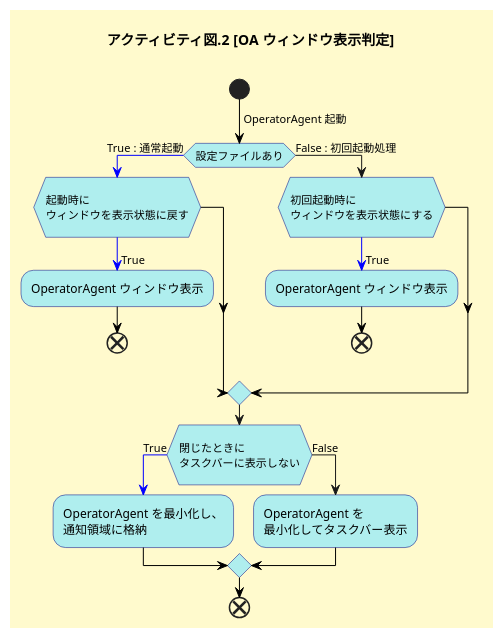
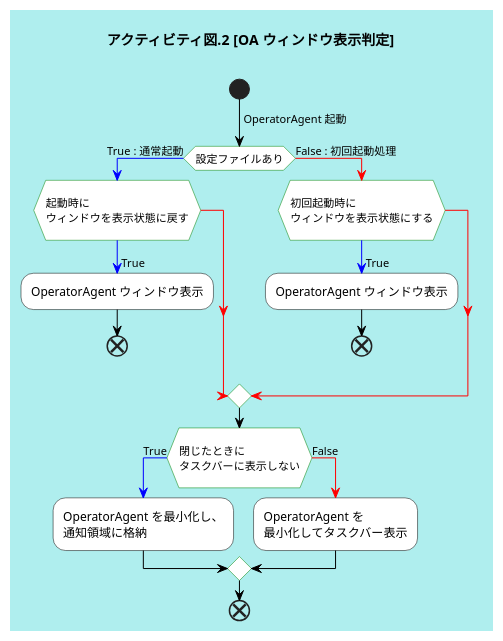
Before and after one commit to ytakagi-ponkotsu/function: the second of 6 diagrams in 詳解 Communication Suite 機能編.md, drawn with PlantUML. The commit also changed other lines of this file, not shown here.

Commit message:
2020/06/04 アクティビティ図のスタイル修正

```diff
--- a/詳解 Communication Suite 機能編.md
+++ b/詳解 Communication Suite 機能編.md
@@ -851,42 +873,48 @@
 		@startuml
+
 		skinparam {
-		defaultFontName BIZ UDPゴシック
+			shadowing false
+			defaultFontName "Segoe UI, BIZ UDPゴシック, sans-serif"
+			BackgroundColor #afeeee
+			ArrowColor black
 		}
-		skinparam backgroundColor #fffacd
+
 		skinparam activity  {
-		BackgroundColor #afeeee
-		BorderColor #000080
+			BorderColor #000000
+			DiamondBorderColor #008000
+			BackgroundColor #ffffff
 		}
+
 		title アクティビティ図.2 [OA ウィンドウ表示判定]\n
 
 		start;
 		-[#black]-> OperatorAgent 起動;
 		if (設定ファイルあり) then
 		  -[#blue]-> True : 通常起動;
 			if (\n起動時に\nウィンドウを表示状態に戻す\n) then
 				-[#blue]-> \nTrue;
 				:OperatorAgent ウィンドウ表示;
-				-[#black]->
 				end;
+			else
+				-[#red]-> \nFalse;
 			endif
 		else
-		  -> False : 初回起動処理;
+			-[#red]-> \nFalse : 初回起動処理;
 				if (\n初回起動時に\nウィンドウを表示状態にする\n) then
 					-[#blue]-> \nTrue;
 					:OperatorAgent ウィンドウ表示;
-					-[#black]->
 					end;
+				else
+					-[#red]-> \nFalse;
 				endif
 		endif
 		if (\n閉じたときに\nタスクバーに表示しない\n) then
 			-[#blue]-> \nTrue;
 			:OperatorAgent を最小化し、\n通知領域に格納;
-			-[#black]->
 		else
-			-> \nFalse;
+			-[#red]-> \nFalse;
 			:OperatorAgent を\n最小化してタスクバー表示;
 			-[#black]->
 		endif
-		-[#black]->
 		end;
 		@enduml
```
